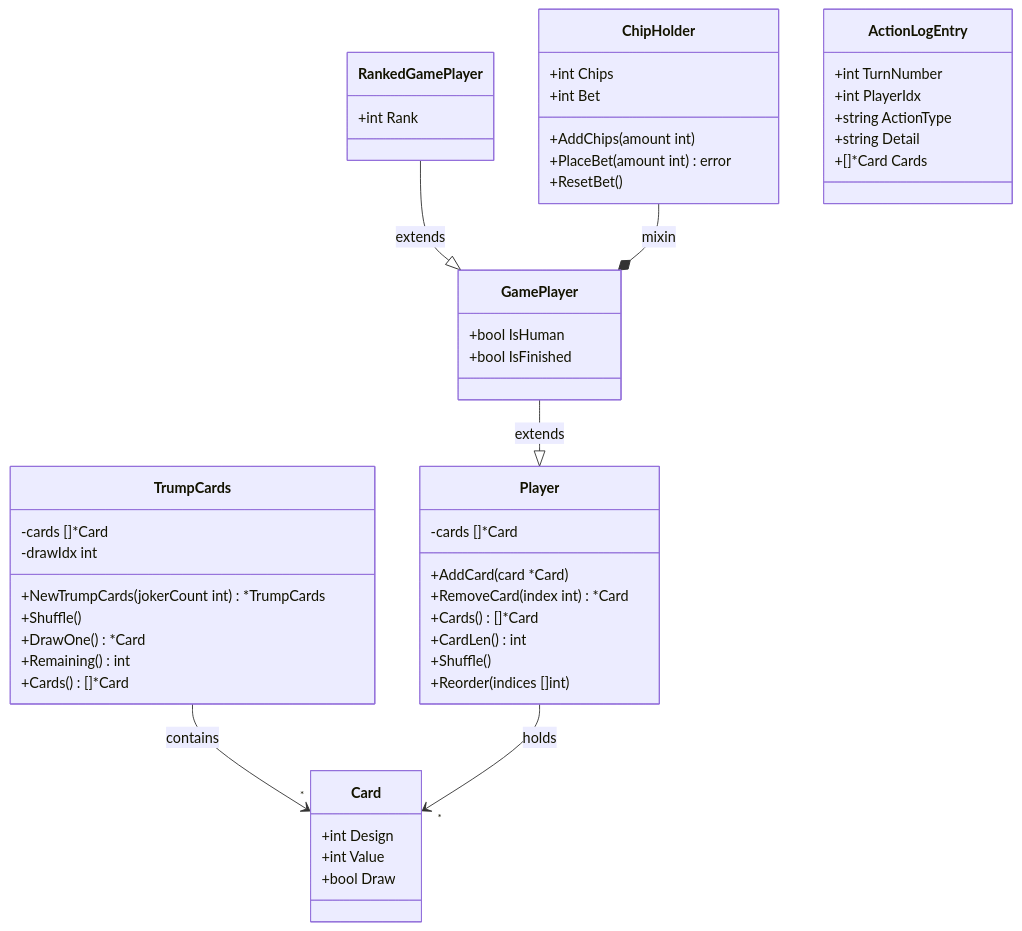
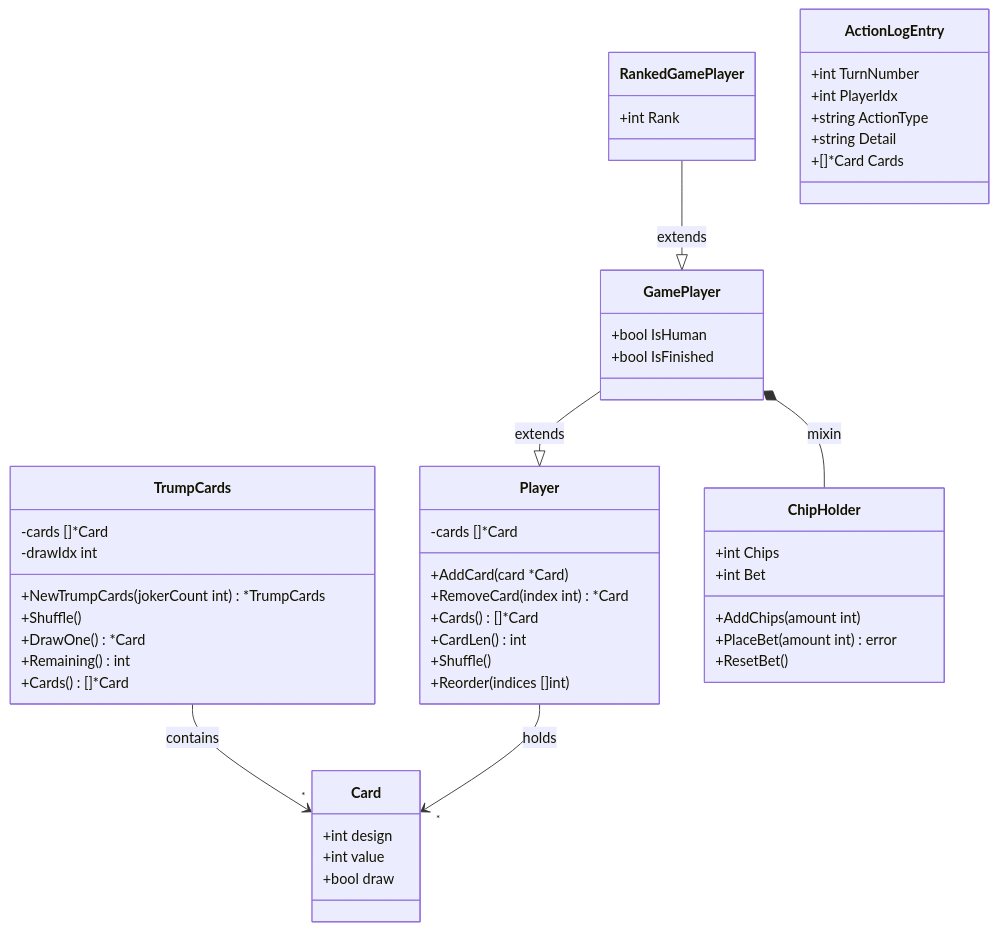
One commit to yuta-yoshinaga/go_trumpcards changed the first of 24 diagrams in docs/design/backend.md. Above: the diagram before and after it, drawn with Mermaid. The commit also changed other lines of this file and 1 other file, not shown here.

Commit message:
fix: address PR review feedback for UML design docs
- Fix OldMaidPlayer inheritance: GamePlayer, not RankedGamePlayer
- Remove DoubtPhase enum from frontend diagram (not in phases.ts)
- Fix Card field names to match actual Go code (lowercase unexported)
- Fix ChipHolder composition direction (GamePlayer owns ChipHolder)
- Add missing common fields (messageCode, messageParams) to Response types

````diff
--- a/docs/design/backend.md
+++ b/docs/design/backend.md
@@ -36,59 +36,59 @@
 ```mermaid
 classDiagram
     class Card {
-        +int Design
-        +int Value
-        +bool Draw
+        +int design
+        +int value
+        +bool draw
     }
 
     class TrumpCards {
         -cards []*Card
         -drawIdx int
         +NewTrumpCards(jokerCount int) *TrumpCards
         +Shuffle()
         +DrawOne() *Card
         +Remaining() int
         +Cards() []*Card
     }
 
     class Player {
         -cards []*Card
         +AddCard(card *Card)
         +RemoveCard(index int) *Card
         +Cards() []*Card
         +CardLen() int
         +Shuffle()
         +Reorder(indices []int)
     }
 
     class GamePlayer {
         +bool IsHuman
         +bool IsFinished
     }
 
     class RankedGamePlayer {
         +int Rank
     }
 
     class ChipHolder {
         +int Chips
         +int Bet
         +AddChips(amount int)
         +PlaceBet(amount int) error
         +ResetBet()
     }
 
     class ActionLogEntry {
         +int TurnNumber
         +int PlayerIdx
         +string ActionType
         +string Detail
         +[]*Card Cards
     }
 
     TrumpCards --> "*" Card : contains
     Player --> "*" Card : holds
     GamePlayer --|> Player : extends
     RankedGamePlayer --|> GamePlayer : extends
-    ChipHolder --* GamePlayer : mixin
+    GamePlayer *-- ChipHolder : mixin
 ```
````
